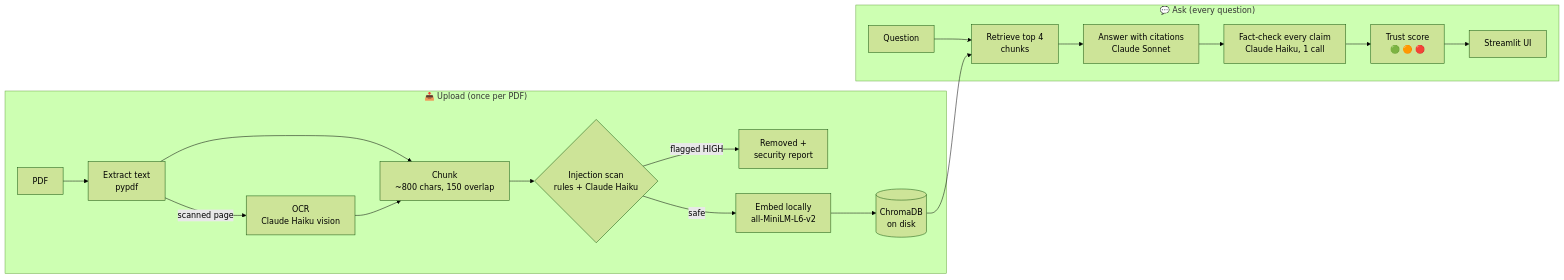
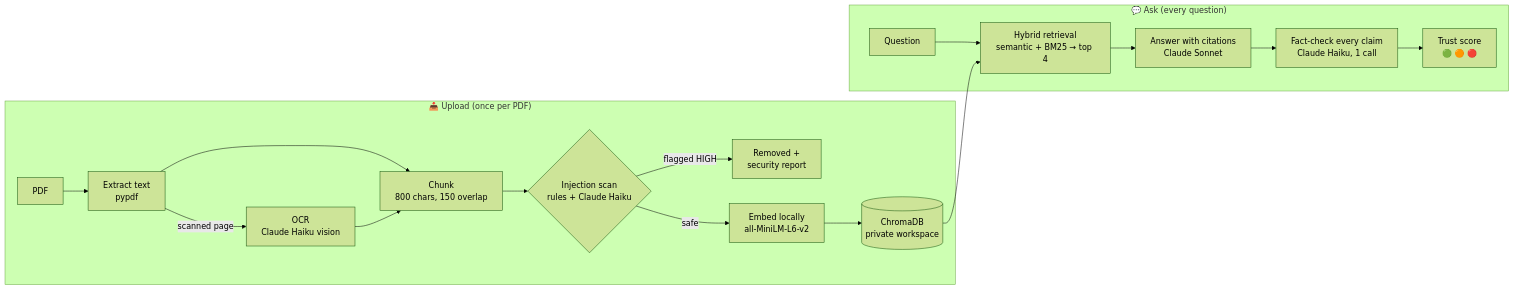
The diagram in README.md (Adi-2494/trustrag), drawn with Mermaid (forest theme) before and after one commit. The commit also changed other lines of this file and 76 other files, not shown here.

Commit message:
v1.0.0: evaluation suite, FastAPI service, typed architecture, observability, hybrid retrieval, quality gates, docs

````diff
--- a/README.md
+++ b/README.md
@@ -85,22 +98,21 @@
 ```mermaid
 flowchart LR
     subgraph Ingest["📥 Upload (once per PDF)"]
         A[PDF] --> B[Extract text<br/>pypdf]
         B -->|scanned page| C[OCR<br/>Claude Haiku vision]
-        B --> D[Chunk<br/>~800 chars, 150 overlap]
+        B --> D[Chunk<br/>800 chars, 150 overlap]
         C --> D
         D --> S{Injection scan<br/>rules + Claude Haiku}
         S -->|flagged HIGH| X[Removed +<br/>security report]
         S -->|safe| E[Embed locally<br/>all-MiniLM-L6-v2]
-        E --> F[(ChromaDB<br/>on disk)]
+        E --> F[(ChromaDB<br/>private workspace)]
     end
 
     subgraph Ask["💬 Ask (every question)"]
-        Q[Question] --> R[Retrieve top 4<br/>chunks]
+        Q[Question] --> R[Hybrid retrieval<br/>semantic + BM25 → top 4]
         F --> R
         R --> G[Answer with citations<br/>Claude Sonnet]
         G --> V[Fact-check every claim<br/>Claude Haiku, 1 call]
         V --> T[Trust score<br/>🟢 🟠 🔴]
-        T --> UI[Streamlit UI]
     end
 ```
````
